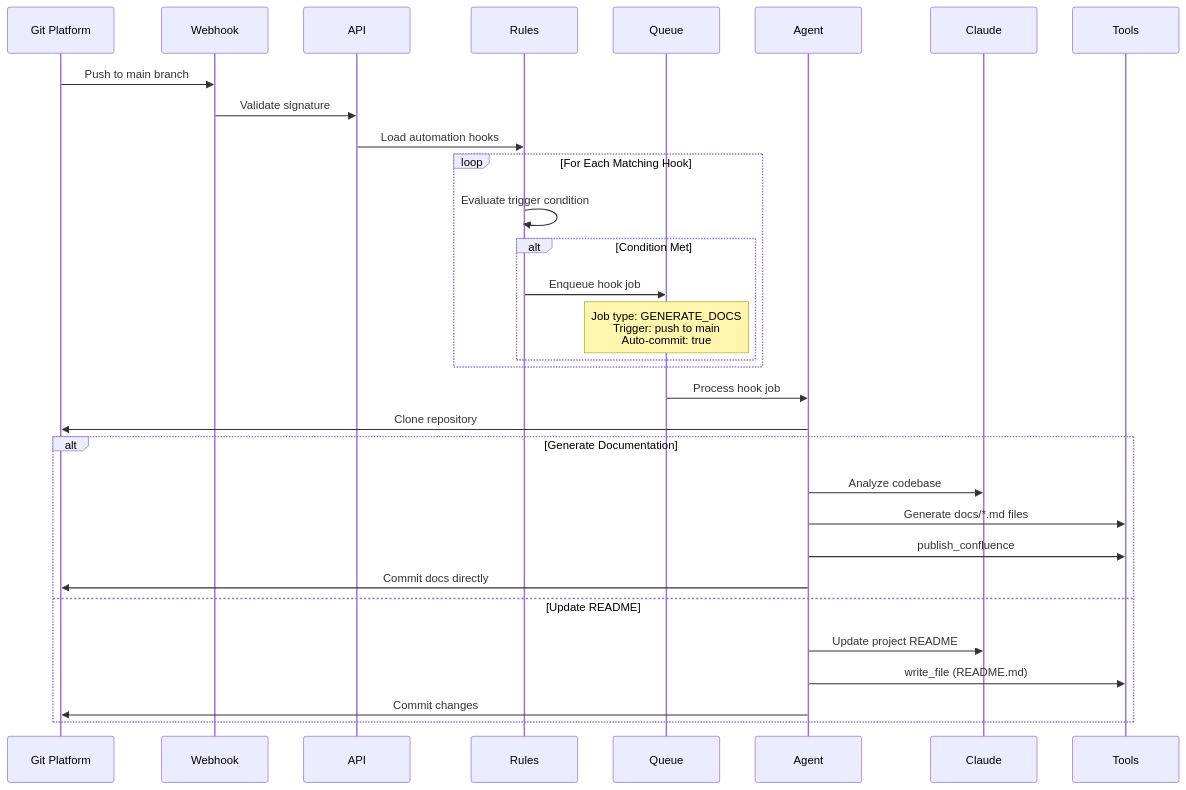
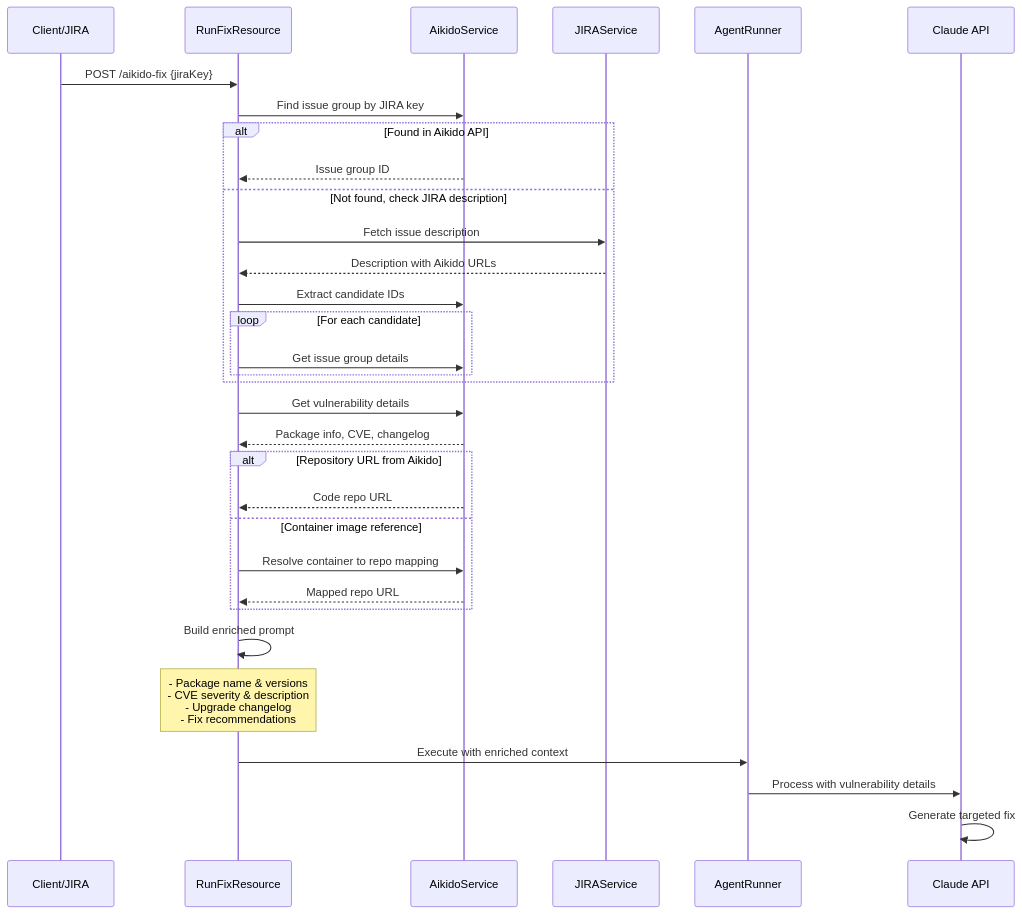
The fourth of 12 diagrams in docs/flows.md (Ai-Whisperers/code-agent), drawn with Mermaid before and after one commit. The commit also changed other lines of this file and 6 other files, not shown here.

Commit message:
docs: generate project documentation

````diff
--- a/docs/flows.md
+++ b/docs/flows.md
@@ -177,35 +211,40 @@
 ```mermaid
 sequenceDiagram
-    participant GitPlatform as Git Platform
-    participant Webhook
-    participant API
-    participant Rules
-    participant Queue
-    participant Agent
+    participant Client as Client/JIRA
+    participant API as RunFixResource
+    participant Aikido as AikidoService
+    participant JIRA as JIRAService
+    participant Runner as AgentRunner
+    participant Claude as Claude API
 
-    GitPlatform->>Webhook: Push to main branch
-    Webhook->>API: Validate signature
-    API->>Rules: Load automation hooks
+    Client->>API: POST /aikido-fix {jiraKey}
+    API->>Aikido: Find issue group by JIRA key
     
-    loop For Each Matching Hook
-        Rules->>Rules: Evaluate trigger condition
-        alt Condition Met
-            Rules->>Queue: Enqueue hook job
-            Note over Queue: Job type: GENERATE_DOCS<br/>Trigger: push to main<br/>Auto-commit: true
+    alt Found in Aikido API
+        Aikido-->>API: Issue group ID
+    else Not found, check JIRA description
+        API->>JIRA: Fetch issue description
+        JIRA-->>API: Description with Aikido URLs
+        API->>Aikido: Extract candidate IDs
+        loop For each candidate
+            API->>Aikido: Get issue group details
         end
     end
     
-    Queue->>Agent: Process hook job
-    Agent->>GitPlatform: Clone repository
+    API->>Aikido: Get vulnerability details
+    Aikido-->>API: Package info, CVE, changelog
     
-    alt Generate Documentation
-        Agent->>Claude: Analyze codebase
-        Agent->>Tools: Generate docs/*.md files
-        Agent->>Tools: publish_confluence
-        Agent->>GitPlatform: Commit docs directly
-    else Update README
-        Agent->>Claude: Update project README
-        Agent->>Tools: write_file (README.md)
-        Agent->>GitPlatform: Commit changes
+    alt Repository URL from Aikido
+        Aikido-->>API: Code repo URL
+    else Container image reference
+        API->>Aikido: Resolve container to repo mapping
+        Aikido-->>API: Mapped repo URL
     end
+    
+    API->>API: Build enriched prompt
+    Note over API: - Package name & versions<br/>- CVE severity & description<br/>- Upgrade changelog<br/>- Fix recommendations
+    
+    API->>Runner: Execute with enriched context
+    Runner->>Claude: Process with vulnerability details
+    Claude->>Claude: Generate targeted fix
 ```
````
